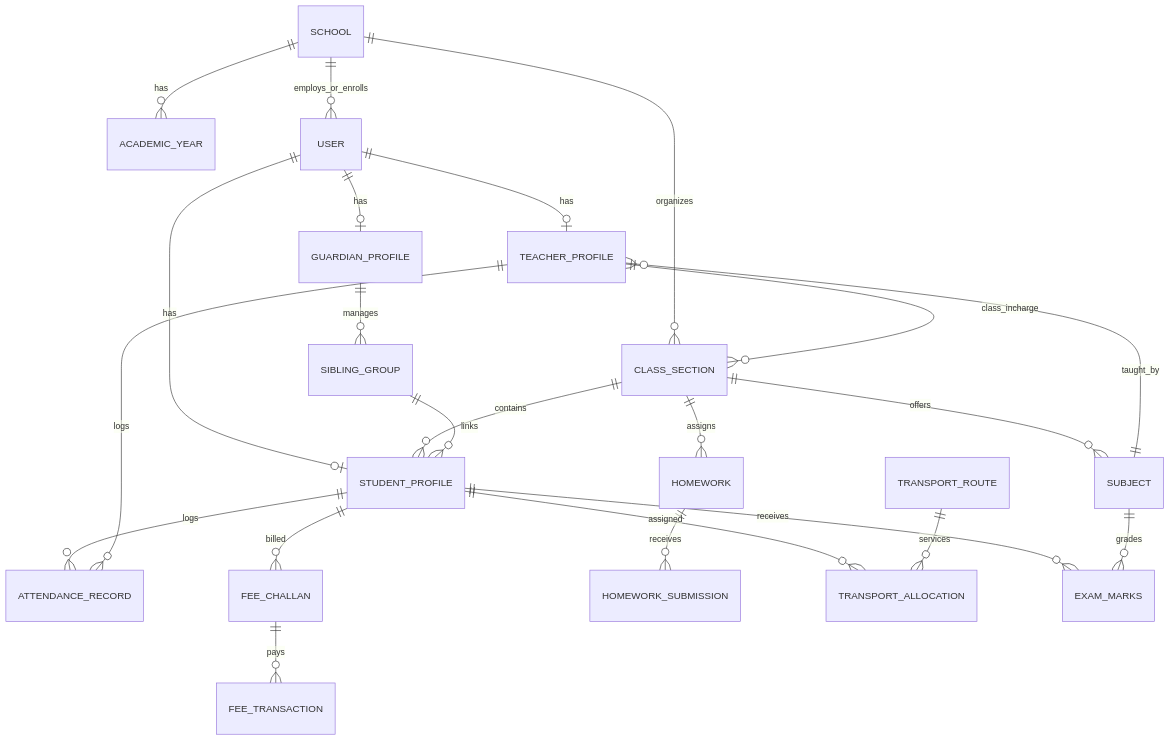
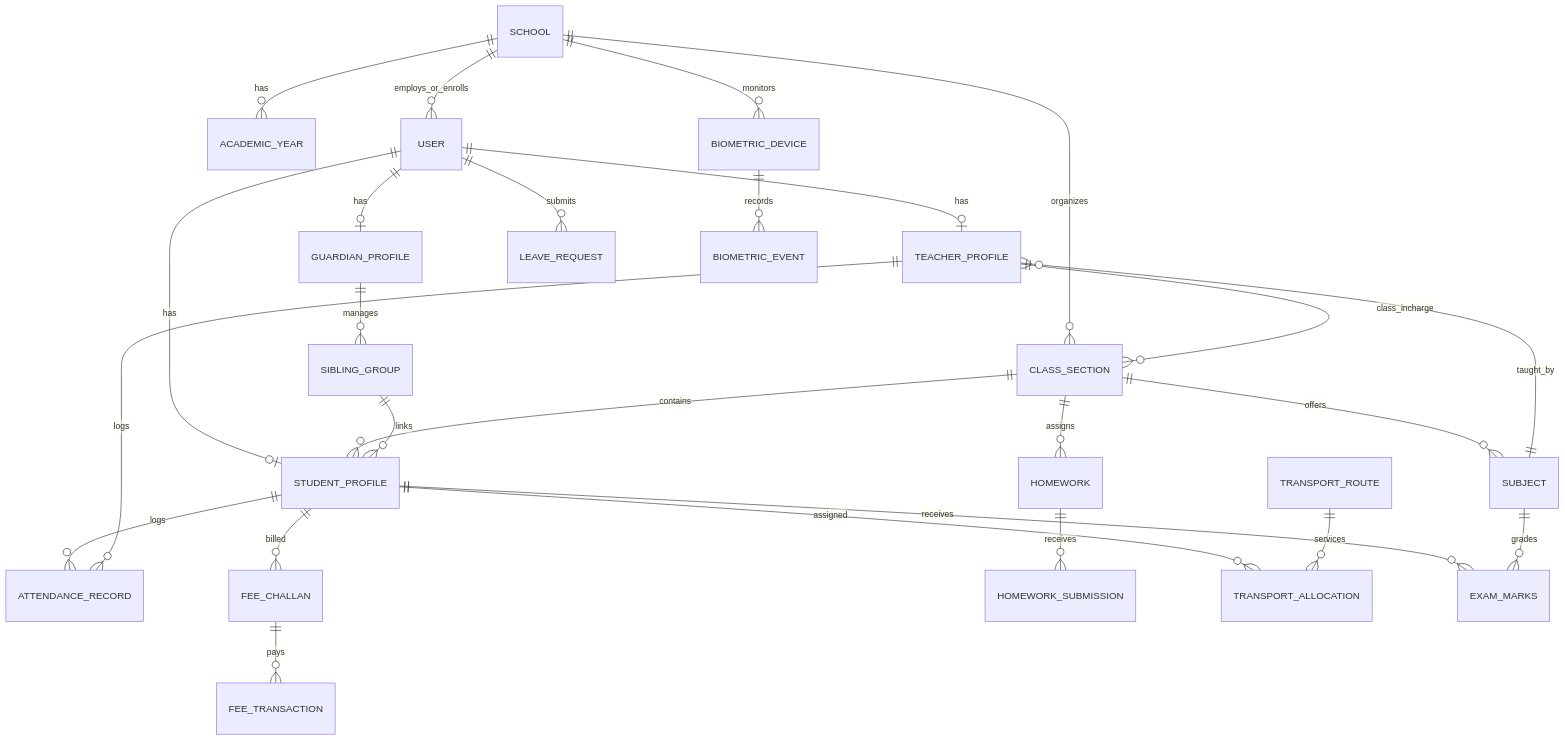
The diagram in 01_SYSTEM_ARCHITECTURE_AND_TECH_STACK.md (ZainabAnwer/sms), drawn with Mermaid before and after one commit. The commit also changed other lines of this file and 2 other files, not shown here.

Commit message:
feat: add zero-hardware mobile geofencing and WebAuthn biometric attendance architecture

````diff
--- a/01_SYSTEM_ARCHITECTURE_AND_TECH_STACK.md
+++ b/01_SYSTEM_ARCHITECTURE_AND_TECH_STACK.md
@@ -122,33 +176,36 @@
 ```mermaid
 erDiagram
     SCHOOL ||--o{ ACADEMIC_YEAR : has
     SCHOOL ||--o{ USER : employs_or_enrolls
     SCHOOL ||--o{ CLASS_SECTION : organizes
+    SCHOOL ||--o{ BIOMETRIC_DEVICE : monitors
     
     USER ||--o| TEACHER_PROFILE : has
     USER ||--o| STUDENT_PROFILE : has
     USER ||--o| GUARDIAN_PROFILE : has
+    USER ||--o{ LEAVE_REQUEST : submits
     
     CLASS_SECTION ||--o{ STUDENT_PROFILE : contains
     CLASS_SECTION ||--o{ SUBJECT : offers
     TEACHER_PROFILE ||--o{ CLASS_SECTION : class_incharge
     
     SUBJECT ||--o{ TEACHER_PROFILE : taught_by
     STUDENT_PROFILE ||--o{ ATTENDANCE_RECORD : logs
     TEACHER_PROFILE ||--o{ ATTENDANCE_RECORD : logs
+    BIOMETRIC_DEVICE ||--o{ BIOMETRIC_EVENT : records
     
     GUARDIAN_PROFILE ||--o{ SIBLING_GROUP : manages
     SIBLING_GROUP ||--o{ STUDENT_PROFILE : links
     
     STUDENT_PROFILE ||--o{ FEE_CHALLAN : billed
     FEE_CHALLAN ||--o{ FEE_TRANSACTION : pays
     
     CLASS_SECTION ||--o{ HOMEWORK : assigns
     HOMEWORK ||--o{ HOMEWORK_SUBMISSION : receives
     
     STUDENT_PROFILE ||--o{ TRANSPORT_ALLOCATION : assigned
     TRANSPORT_ROUTE ||--o{ TRANSPORT_ALLOCATION : services
     
     STUDENT_PROFILE ||--o{ EXAM_MARKS : receives
     SUBJECT ||--o{ EXAM_MARKS : grades
 ```
````
